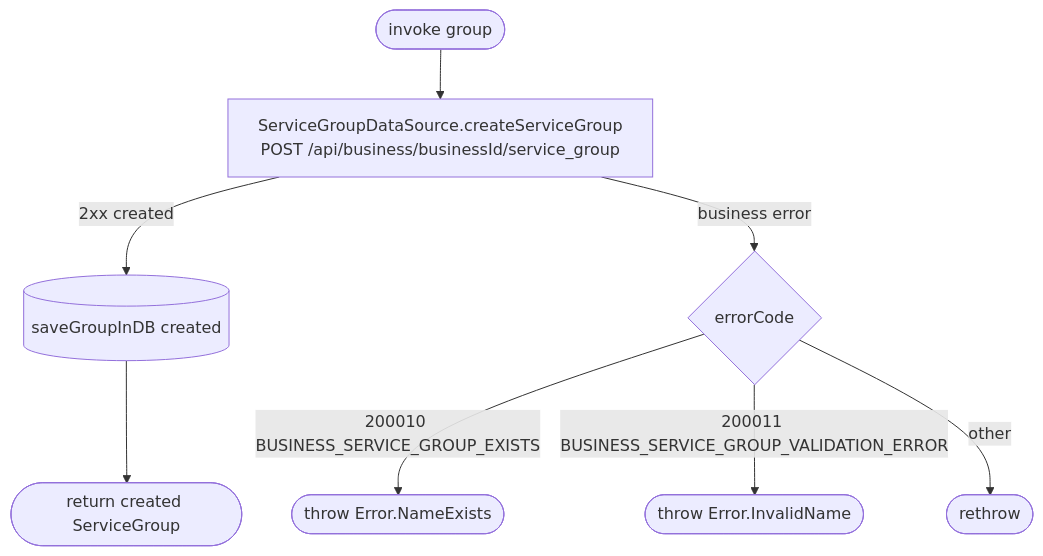
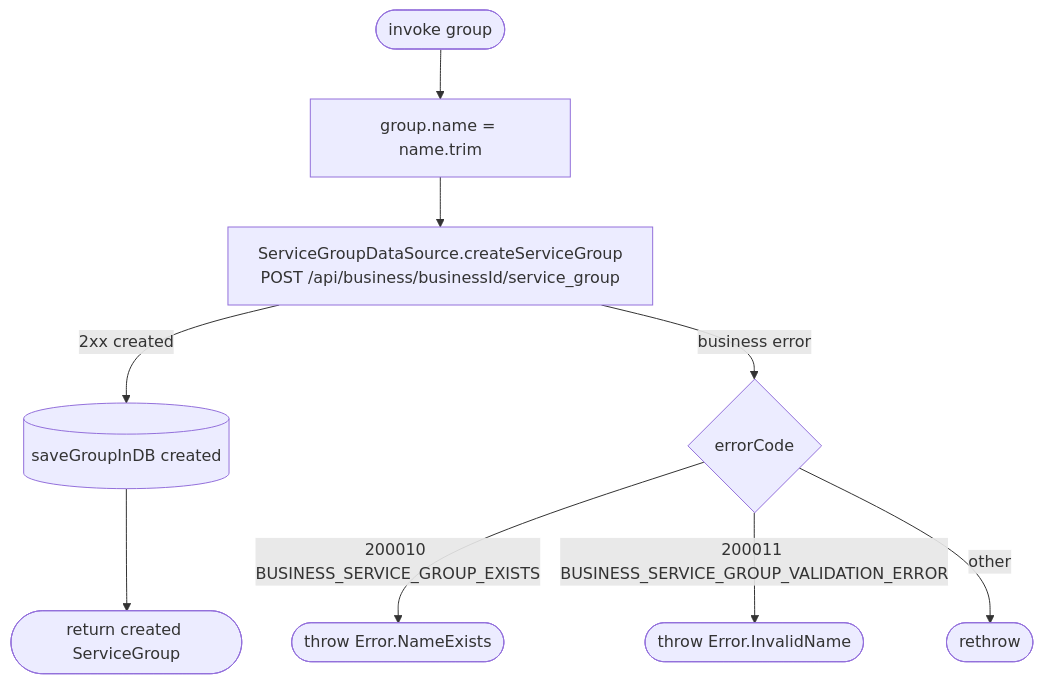
The diagram in docs/operations/services/create-service-group.md (nocturneproperties/bookkme-client), drawn with Mermaid before and after one commit. The commit also changed other lines of this file and 39 other files, not shown here.

````diff
--- a/docs/operations/services/create-service-group.md
+++ b/docs/operations/services/create-service-group.md
@@ -8,10 +10,11 @@
 ```mermaid
 flowchart TD
-    Start([invoke group]) --> Net[ServiceGroupDataSource.createServiceGroup<br/>POST /api/business/businessId/service_group]
+    Start([invoke group]) --> Trim[group.name = name.trim]
+    Trim --> Net[ServiceGroupDataSource.createServiceGroup<br/>POST /api/business/businessId/service_group]
     Net -- 2xx created --> Save[(saveGroupInDB created)]
     Save --> R([return created ServiceGroup])
     Net -- business error --> Code{errorCode}
     Code -- 200010 BUSINESS_SERVICE_GROUP_EXISTS --> E1([throw Error.NameExists])
     Code -- 200011 BUSINESS_SERVICE_GROUP_VALIDATION_ERROR --> E2([throw Error.InvalidName])
     Code -- other --> EX([rethrow])
 ```
````
